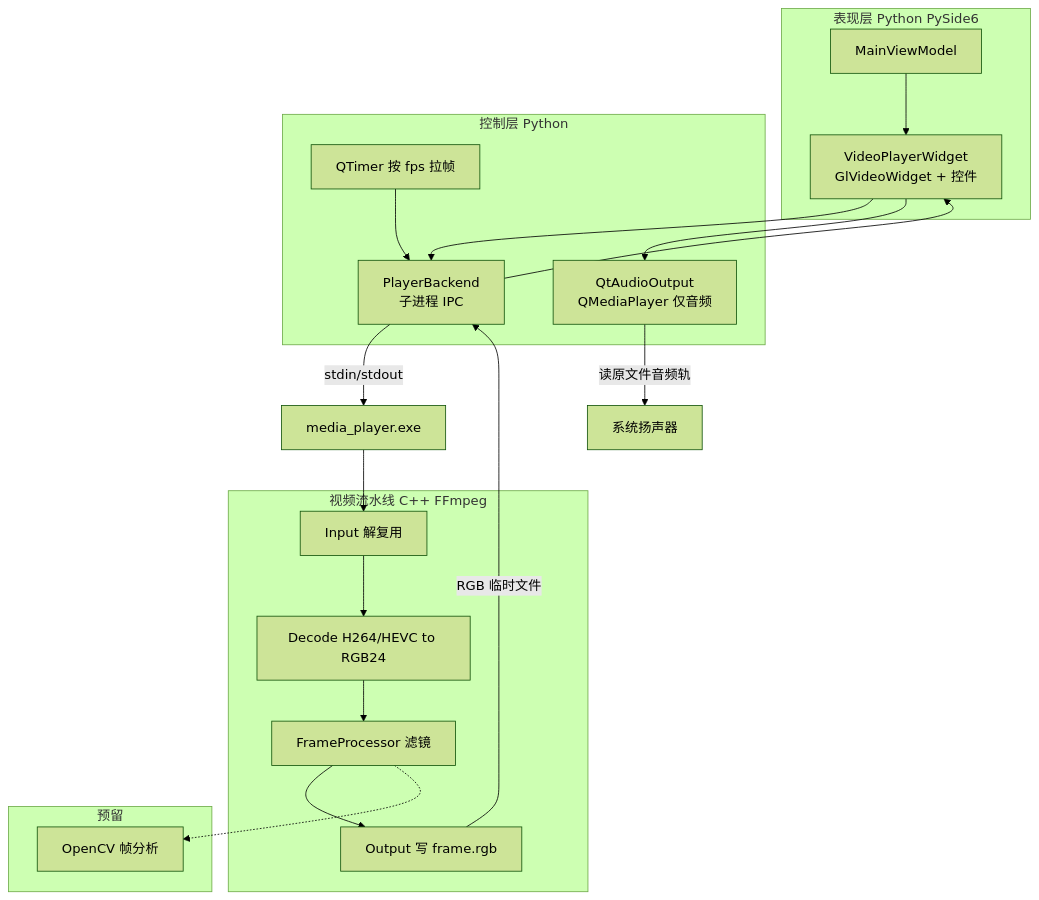
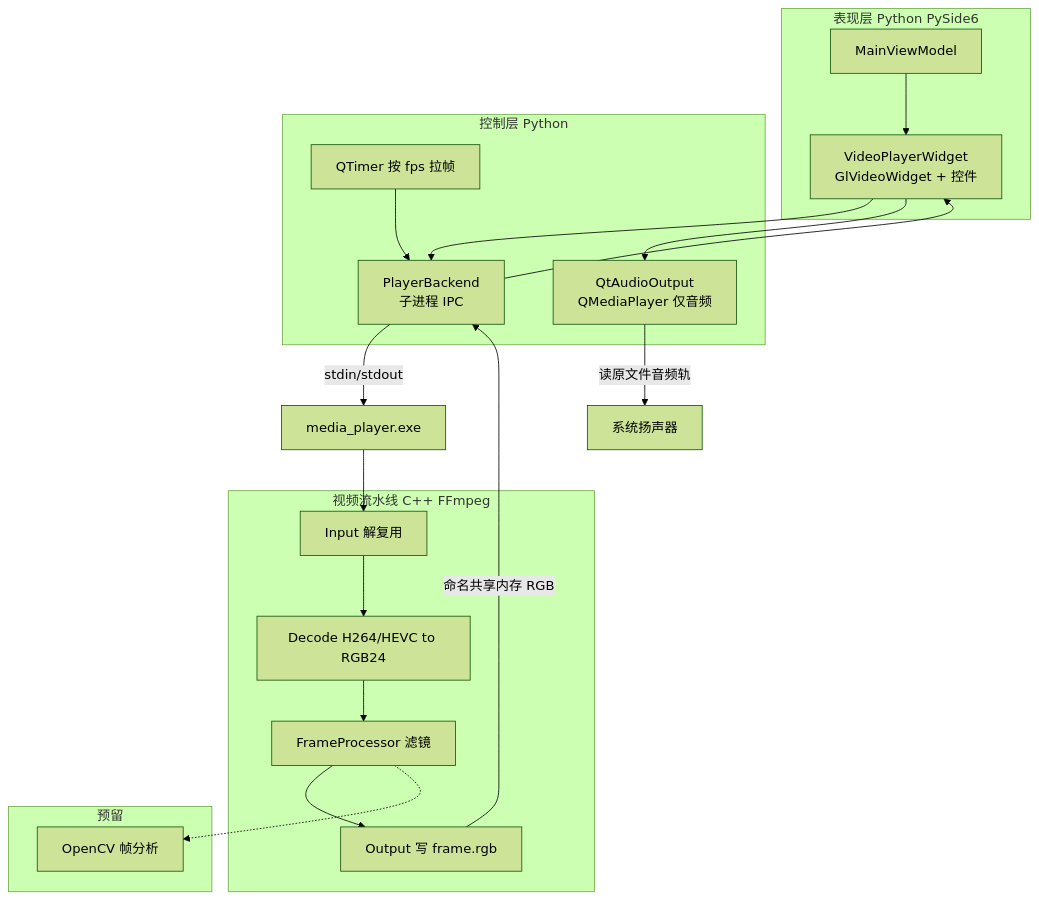
One commit to xjyxxx/MusicEditing changed the diagram in docs/流程图/README.md. Above: the diagram before and after it, drawn with Mermaid (forest theme). The commit also changed other lines of this file and 75 other files, not shown here.

````diff
--- a/docs/流程图/README.md
+++ b/docs/流程图/README.md
@@ -10,34 +10,34 @@
 ```mermaid
 flowchart TB
     subgraph UI["表现层 Python PySide6"]
         Widget["VideoPlayerWidget\nGlVideoWidget + 控件"]
         VM["MainViewModel"]
     end
 
     subgraph CTRL["控制层 Python"]
         Backend["PlayerBackend\n子进程 IPC"]
         QtAudio["QtAudioOutput\nQMediaPlayer 仅音频"]
         Timer["QTimer 按 fps 拉帧"]
     end
 
     subgraph VIDEO["视频流水线 C++ FFmpeg"]
         Input["Input 解复用"]
         Decode["Decode H264/HEVC to RGB24"]
         Process["FrameProcessor 滤镜"]
         Output["Output 写 frame.rgb"]
     end
 
     subgraph RESERVE["预留"]
         OpenCVExtra["OpenCV 帧分析"]
     end
 
     Widget --> Backend
     Widget --> QtAudio
     VM --> Widget
     Timer --> Backend
     Backend -->|stdin/stdout| PlayerExe["media_player.exe"]
     PlayerExe --> Input --> Decode --> Process --> Output
     Process -.-> OpenCVExtra
-    Output -->|RGB 临时文件| Backend --> Widget
+    Output -->|命名共享内存 RGB| Backend --> Widget
     QtAudio -->|读原文件音频轨| Speaker["系统扬声器"]
 ```
````
